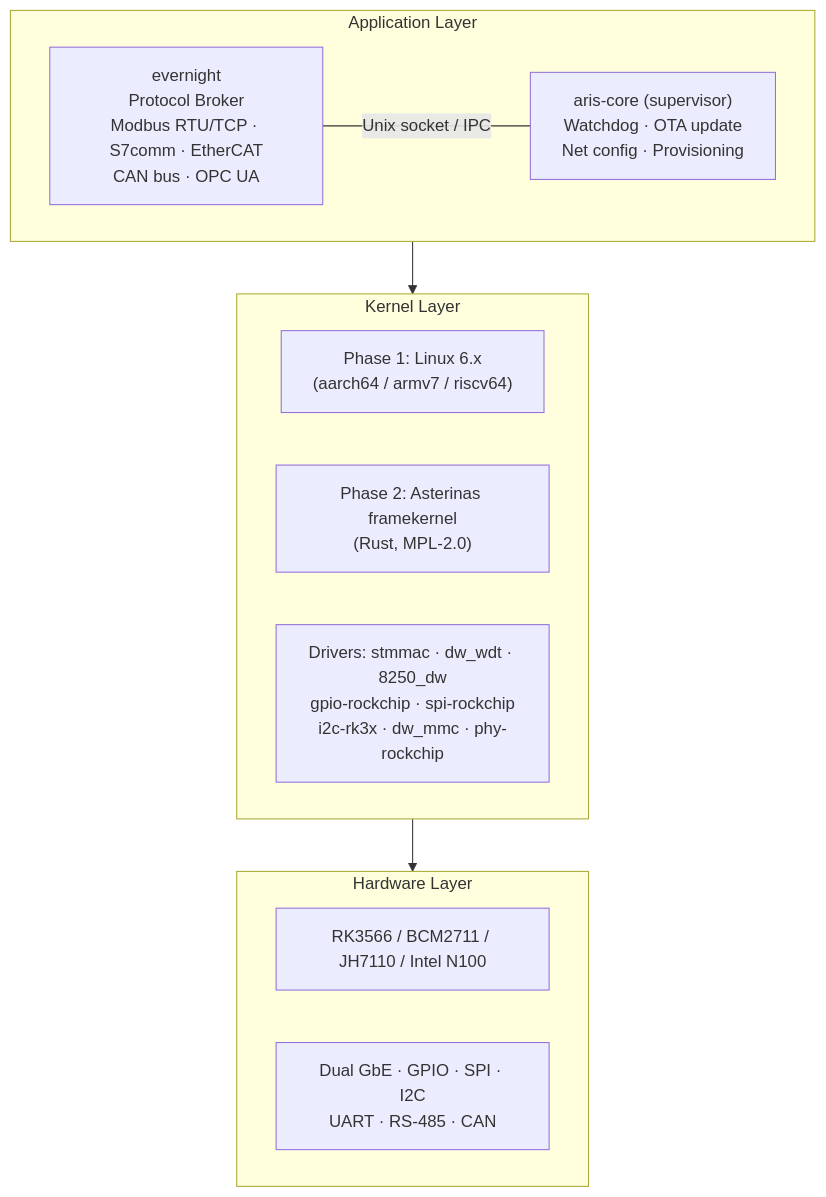
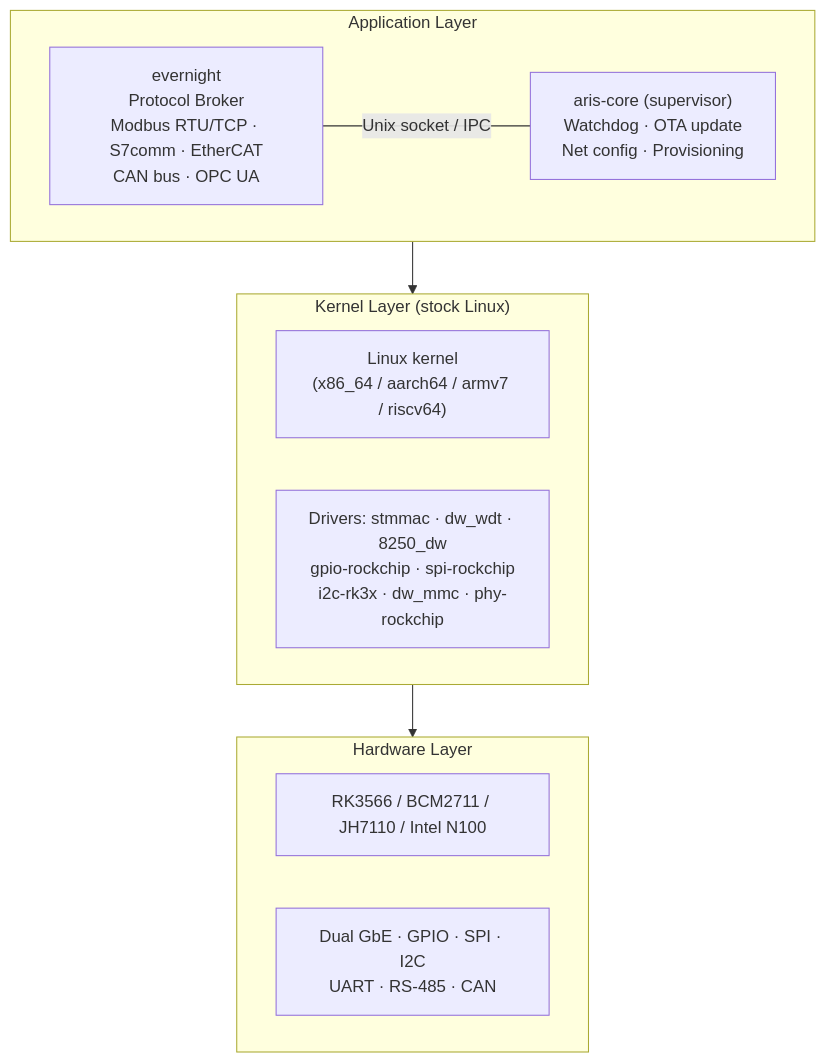
The first of 3 diagrams in docs/en/architecture/overview.md (celestia-island/aris), drawn with Mermaid before and after one commit. The commit also changed other lines of this file and 25 other files, not shown here.

````diff
--- a/docs/en/architecture/overview.md
+++ b/docs/en/architecture/overview.md
@@ -11,19 +13,18 @@
 ```mermaid
 flowchart TB
     subgraph App["Application Layer"]
         Evn["evernight\nProtocol Broker\nModbus RTU/TCP · S7comm · EtherCAT\nCAN bus · OPC UA"]
         Core["aris-core (supervisor)\nWatchdog · OTA update\nNet config · Provisioning"]
         Evn ---|Unix socket / IPC| Core
     end
-    subgraph Krn["Kernel Layer"]
-        K1["Phase 1: Linux 6.x\n(aarch64 / armv7 / riscv64)"]
-        K2["Phase 2: Asterinas framekernel\n(Rust, MPL-2.0)"]
+    subgraph Krn["Kernel Layer (stock Linux)"]
+        Linux["Linux kernel\n(x86_64 / aarch64 / armv7 / riscv64)"]
         Drv["Drivers: stmmac · dw_wdt · 8250_dw\ngpio-rockchip · spi-rockchip\ni2c-rk3x · dw_mmc · phy-rockchip"]
     end
     subgraph HW["Hardware Layer"]
         Soc["RK3566 / BCM2711 / JH7110 / Intel N100"]
         Iface["Dual GbE · GPIO · SPI · I2C\nUART · RS-485 · CAN"]
     end
     App --> Krn
     Krn --> HW
 ```
````
